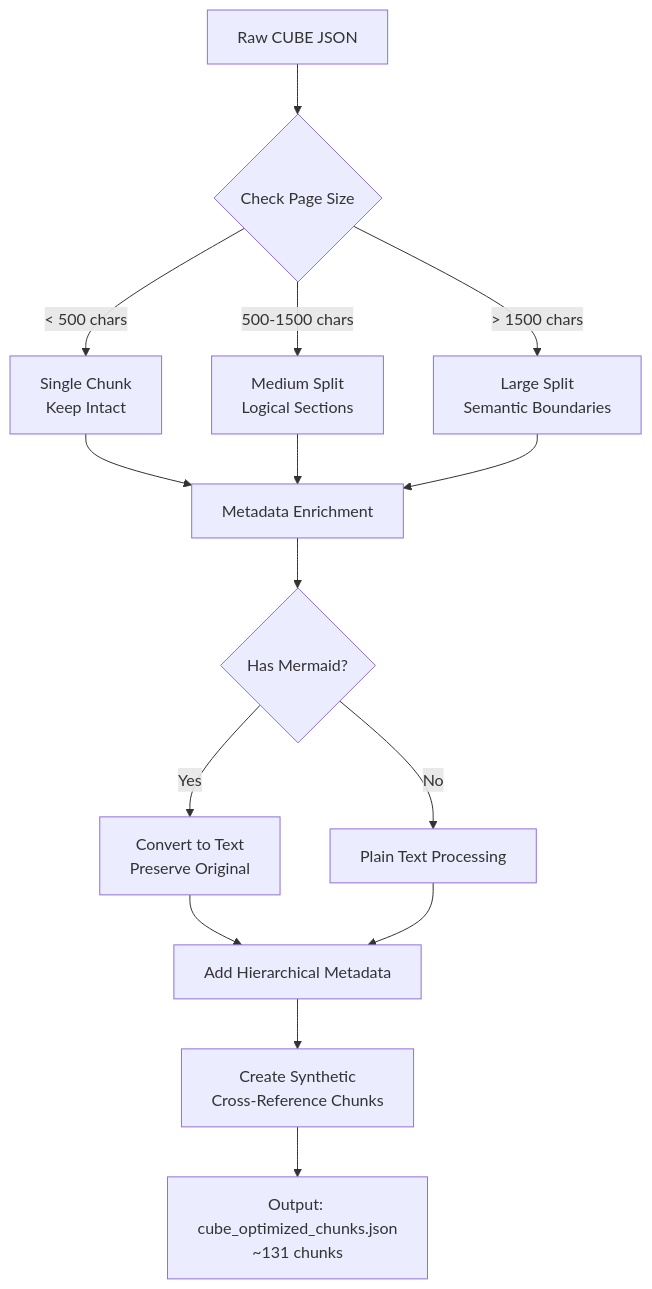
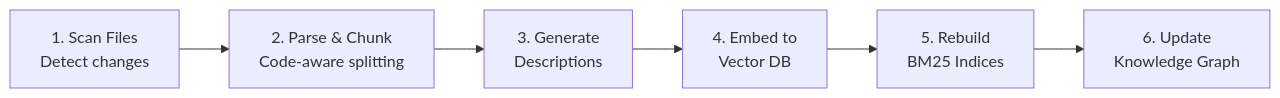
The third of 4 diagrams in README.md (yash-ganatra/Banking-knowledgeAssistance), drawn with Mermaid before and after one commit. The commit also changed other lines of this file, not shown here.

````diff
--- a/README.md
+++ b/README.md
@@ -2548,22 +224,8 @@
 ```mermaid
-graph TD
-    A[Raw CUBE JSON] --> B{Check Page Size}
-    
-    B -->|< 500 chars| C[Single Chunk<br/>Keep Intact]
-    B -->|500-1500 chars| D[Medium Split<br/>Logical Sections]
-    B -->|> 1500 chars| E[Large Split<br/>Semantic Boundaries]
-    
-    C --> F[Metadata Enrichment]
-    D --> F
-    E --> F
-    
-    F --> G{Has Mermaid?}
-    G -->|Yes| H[Convert to Text<br/>Preserve Original]
-    G -->|No| I[Plain Text Processing]
-    
-    H --> J[Add Hierarchical Metadata]
-    I --> J
-    
-    J --> K[Create Synthetic<br/>Cross-Reference Chunks]
-    K --> L[Output: cube_optimized_chunks.json<br/>~131 chunks]
+graph LR
+    SCAN[1. Scan Files<br/>Detect changes] --> PARSE[2. Parse & Chunk<br/>Code-aware splitting]
+    PARSE --> DESC[3. Generate<br/>Descriptions]
+    DESC --> EMBED[4. Embed to<br/>Vector DB]
+    EMBED --> BM25[5. Rebuild<br/>BM25 Indices]
+    BM25 --> GRAPH[6. Update<br/>Knowledge Graph]
 ```
````
